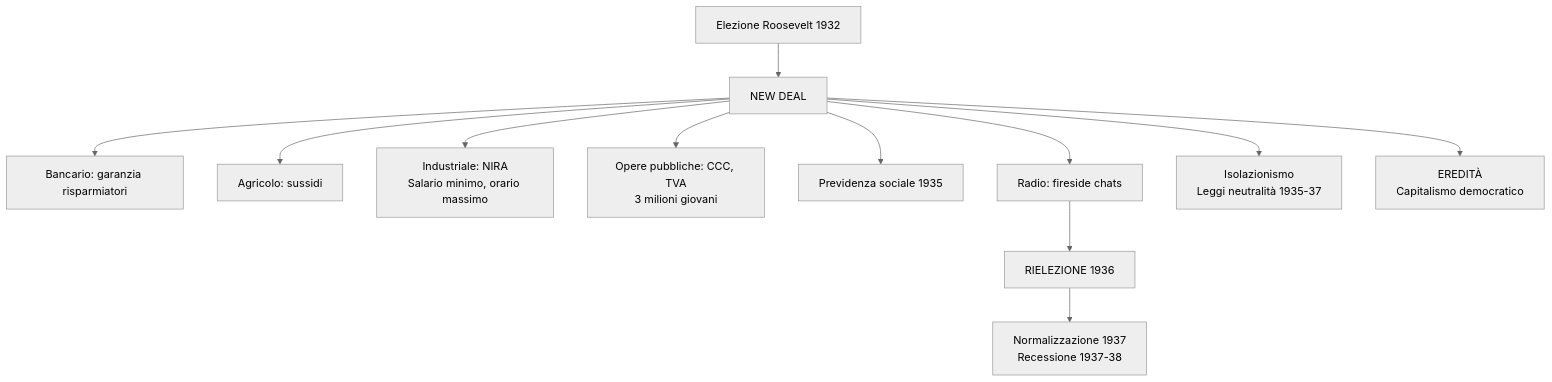
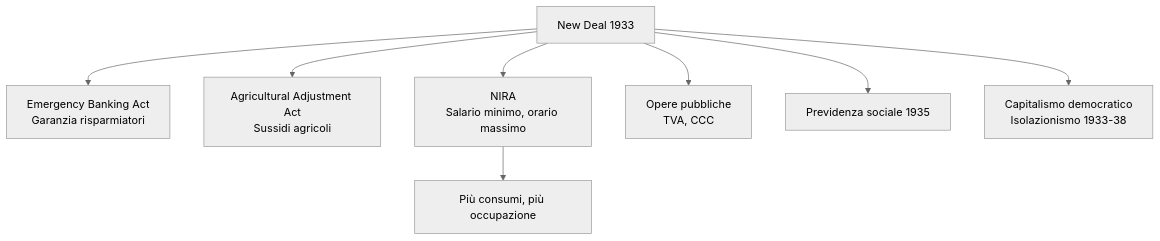
Before and after one commit to riccardo-algorime/appunti-5Bsa: the fifth of 6 diagrams in storia/materiale/studio/capitolo_3.10_ripasso.md, drawn with Mermaid (neutral theme). The commit also changed other lines of this file and 5 other files, not shown here.

````diff
--- a/storia/materiale/studio/capitolo_3.10_ripasso.md
+++ b/storia/materiale/studio/capitolo_3.10_ripasso.md
@@ -261,14 +230,10 @@
 ```mermaid
 flowchart TD
-    A[Elezione Roosevelt 1932] --> B[NEW DEAL]
-    B --> C[Bancario: garanzia risparmiatori]
-    B --> D[Agricolo: sussidi]
-    B --> E[Industriale: NIRA<br/>Salario minimo, orario massimo]
-    B --> F[Opere pubbliche: CCC, TVA<br/>3 milioni giovani]
-    B --> G[Previdenza sociale 1935]
-    B --> H[Radio: fireside chats]
-    H --> I[RIELEZIONE 1936]
-    I --> J[Normalizzazione 1937<br/>Recessione 1937-38]
-    B --> K[Isolazionismo<br/>Leggi neutralità 1935-37]
-    B --> L[EREDITÀ<br/>Capitalismo democratico]
+    A[New Deal 1933] --> B[Emergency Banking Act<br/>Garanzia risparmiatori]
+    A --> C[Agricultural Adjustment Act<br/>Sussidi agricoli]
+    A --> D[NIRA<br/>Salario minimo, orario massimo]
+    D --> E[Più consumi, più occupazione]
+    A --> F[Opere pubbliche<br/>TVA, CCC]
+    A --> G[Previdenza sociale 1935]
+    A --> H[Capitalismo democratico<br/>Isolazionismo 1933-38]
 ```
````
